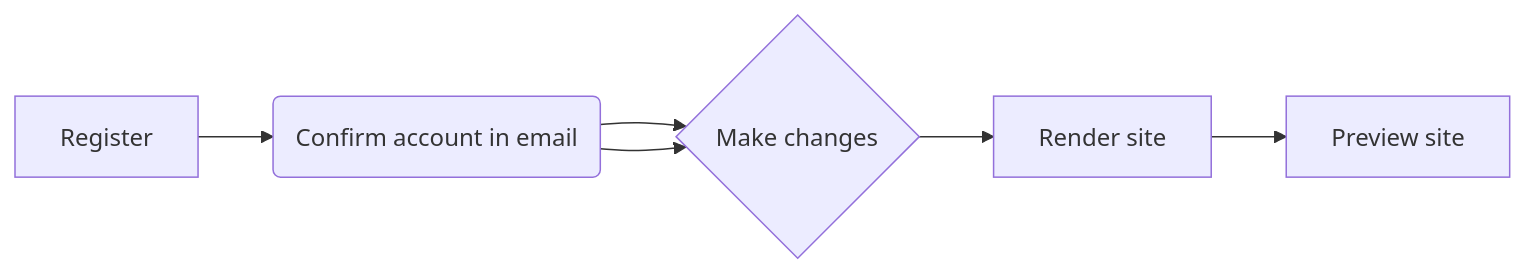
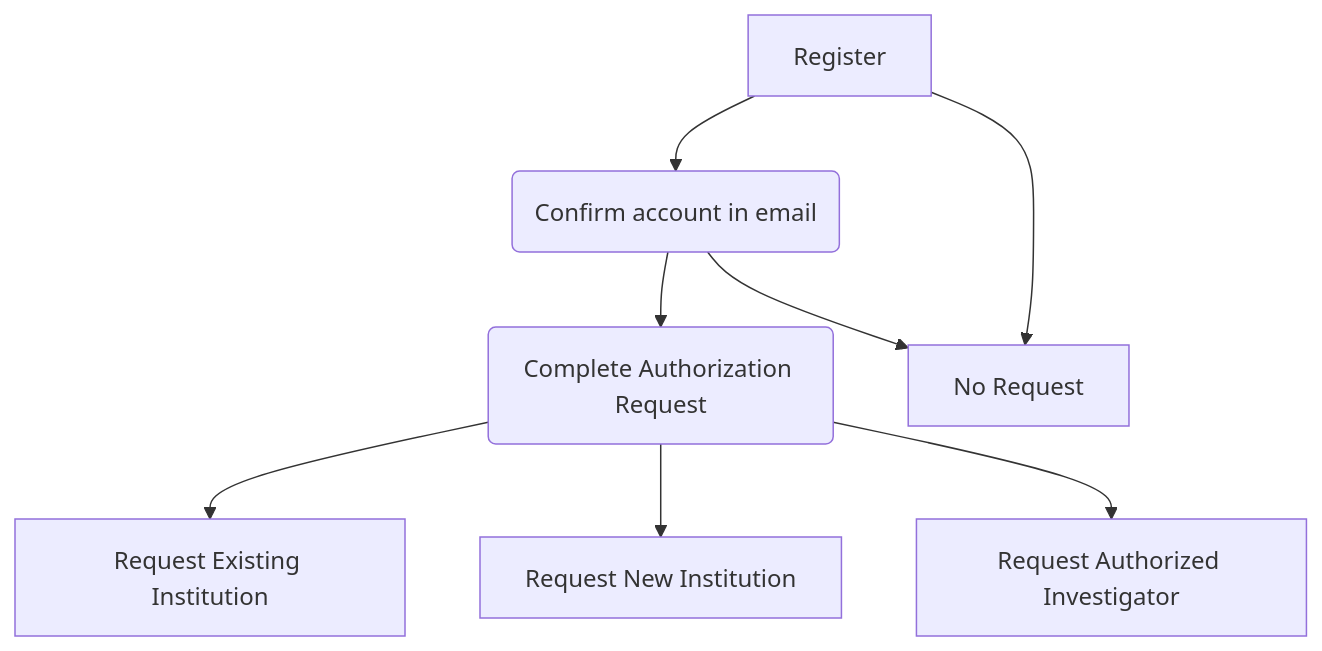
The diagram in src/admin/flowcharts.qmd (databrary/guide), drawn with Mermaid before and after one commit. The commit also changed 5 other files, not shown here.

Commit message:
update flowchart

````diff
--- a/src/admin/flowcharts.qmd
+++ b/src/admin/flowcharts.qmd
@@ -8,7 +8,9 @@
 ```{mermaid}
-flowchart LR
+flowchart
   A[Register] --> B(Confirm account in email) --> C(Complete Authorization Request)
-  B --> C{Make changes}
-  C --> D[Render site]
-  D --> E[Preview site]
+  C --> D[Request Existing Institution]
+  C --> E[Request New Institution]
+  C --> G[Request Authorized Investigator]
+  A --> F[No Request]
+  B --> F[No Request]
 ```
````
